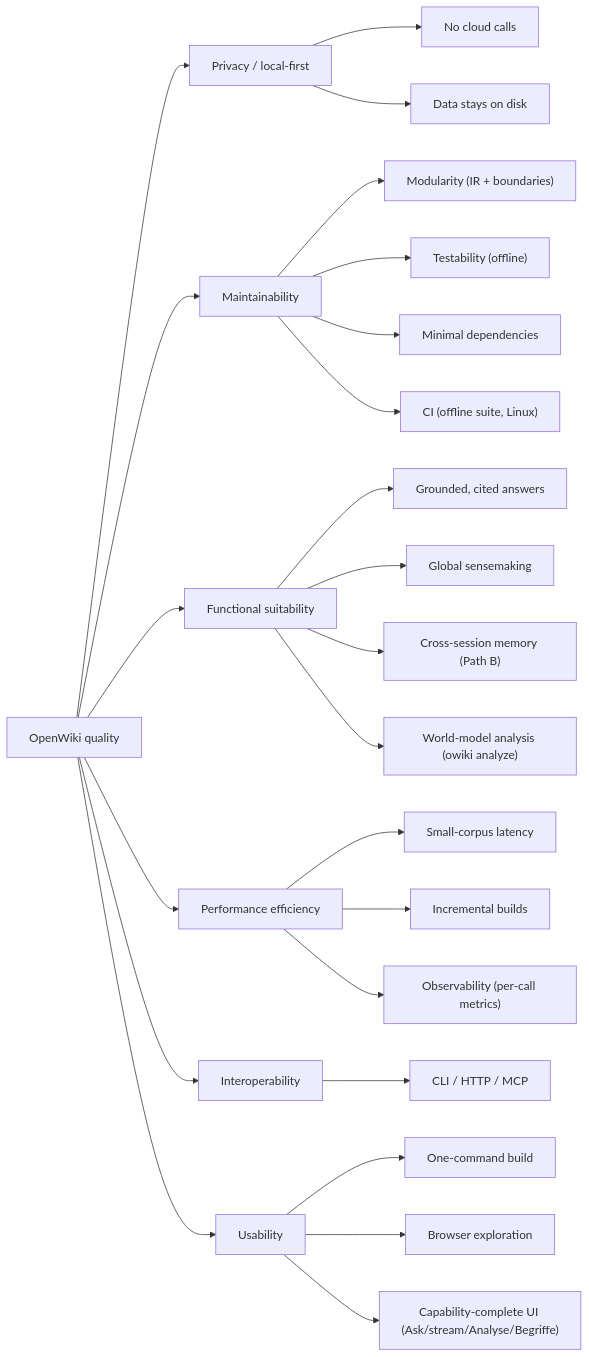
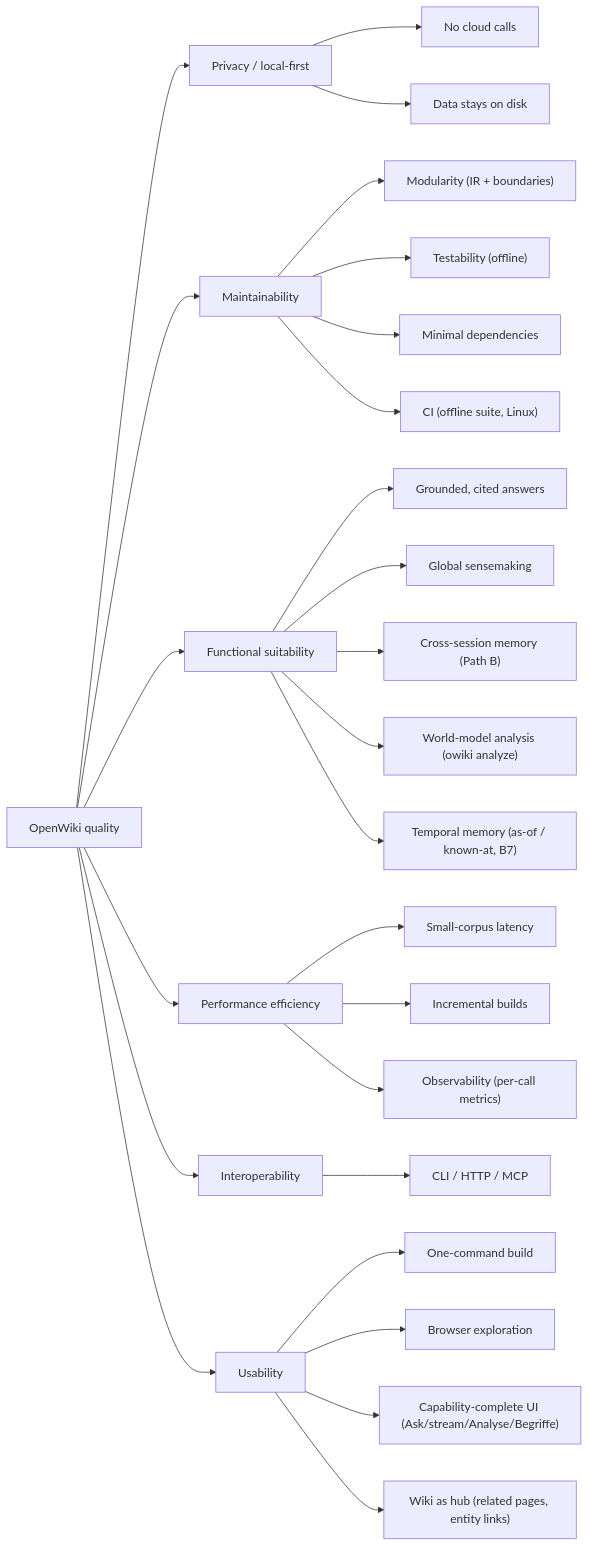
Before and after one commit to Neuroant/OpenWiki: the diagram in docs/arc42/10-quality-requirements.md, drawn with Mermaid. The commit also changed other lines of this file and 11 other files, not shown here.

First line of the commit message:
arc42: fold in v0.79–v0.82 (reader overlays + B7 bi-temporal memory)

````diff
--- a/docs/arc42/10-quality-requirements.md
+++ b/docs/arc42/10-quality-requirements.md
@@ -8,18 +8,19 @@
 ```mermaid
 flowchart LR
   Q["OpenWiki quality"]
   Q --> P["Privacy / local-first"]
   Q --> M["Maintainability"]
   Q --> F["Functional suitability"]
   Q --> E["Performance efficiency"]
   Q --> I["Interoperability"]
   Q --> U["Usability"]
   P --> P1["No cloud calls"] & P2["Data stays on disk"]
   M --> M1["Modularity (IR + boundaries)"] & M2["Testability (offline)"] & M3["Minimal dependencies"]
   F --> F1["Grounded, cited answers"] & F2["Global sensemaking"] & F3["Cross-session memory (Path B)"]
-  F --> F4["World-model analysis (owiki analyze)"]
+  F --> F4["World-model analysis (owiki analyze)"] & F5["Temporal memory (as-of / known-at, B7)"]
   E --> E1["Small-corpus latency"] & E2["Incremental builds"] & E3["Observability (per-call metrics)"]
   M --> M4["CI (offline suite, Linux)"]
   I --> I1["CLI / HTTP / MCP"]
   U --> U1["One-command build"] & U2["Browser exploration"] & U3["Capability-complete UI (Ask/stream/Analyse/Begriffe)"]
+  U --> U4["Wiki as hub (related pages, entity links)"]
 ```
````
